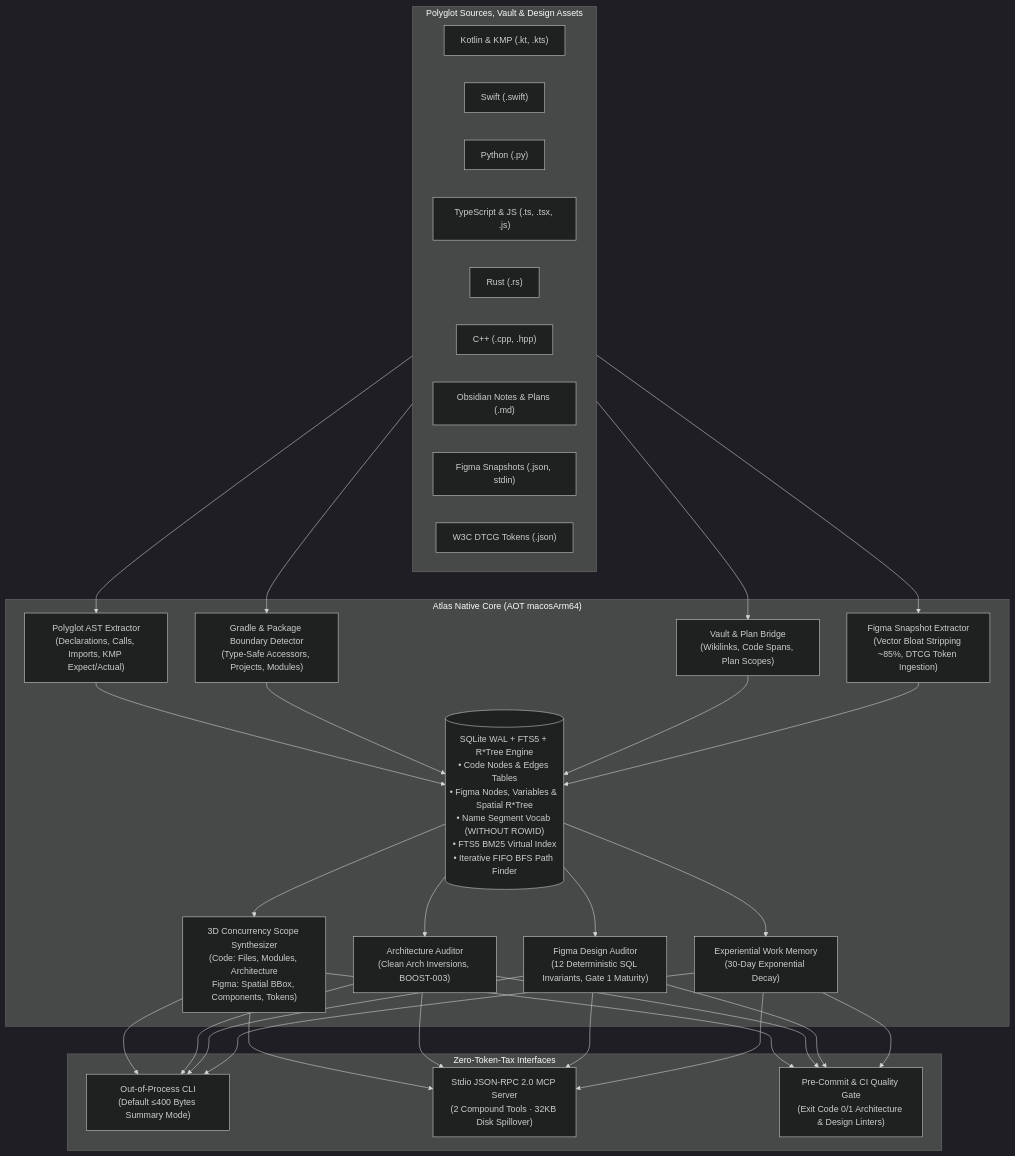
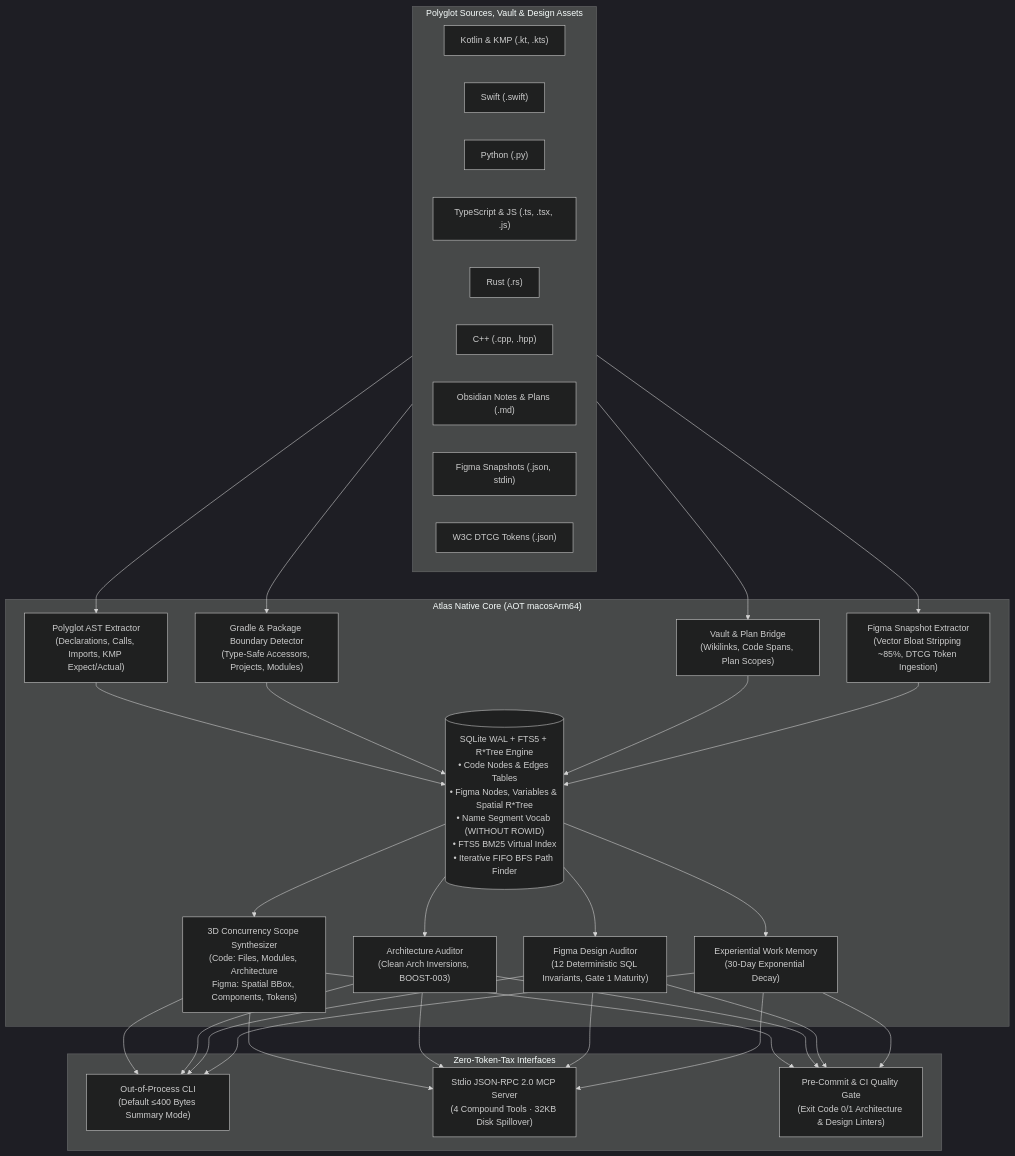
Before and after one commit to jefferyforbes/code-atlas: the diagram in README.md, drawn with Mermaid (dark theme). The commit also changed other lines of this file and 4 other files, not shown here.

````diff
--- a/README.md
+++ b/README.md
@@ -38,40 +38,40 @@
 ```mermaid
 flowchart TD
     subgraph Inputs["Polyglot Sources, Vault & Design Assets"]
         KOTLIN["Kotlin & KMP (.kt, .kts)"]
         SWIFT["Swift (.swift)"]
         PYTHON["Python (.py)"]
         TS["TypeScript & JS (.ts, .tsx, .js)"]
         RUST["Rust (.rs)"]
         CPP["C++ (.cpp, .hpp)"]
         DOCS["Obsidian Notes & Plans (.md)"]
         FIGMA["Figma Snapshots (.json, stdin)"]
         DTCG["W3C DTCG Tokens (.json)"]
     end
 
     subgraph Engine["Atlas Native Core (AOT macosArm64)"]
         EXTRACT["Polyglot AST Extractor<br/>(Declarations, Calls, Imports, KMP Expect/Actual)"]
         MODULES["Gradle & Package Boundary Detector<br/>(Type-Safe Accessors, Projects, Modules)"]
         BRIDGE["Vault & Plan Bridge<br/>(Wikilinks, Code Spans, Plan Scopes)"]
         
         FIGMA_EXTRACT["Figma Snapshot Extractor<br/>(Vector Bloat Stripping ~85%, DTCG Token Ingestion)"]
         
         STORE[("SQLite WAL + FTS5 + R*Tree Engine<br/>• Code Nodes & Edges Tables<br/>• Figma Nodes, Variables & Spatial R*Tree<br/>• Name Segment Vocab (WITHOUT ROWID)<br/>• FTS5 BM25 Virtual Index<br/>• Iterative FIFO BFS Path Finder")]
         
         SYNTH["3D Concurrency Scope Synthesizer<br/>(Code: Files, Modules, Architecture<br/>Figma: Spatial BBox, Components, Tokens)"]
         AUDIT["Architecture Auditor<br/>(Clean Arch Inversions, BOOST-003)"]
         FIGMA_AUDIT["Figma Design Auditor<br/>(12 Deterministic SQL Invariants, Gate 1 Maturity)"]
         MEMORY["Experiential Work Memory<br/>(30-Day Exponential Decay)"]
     end
 
     subgraph Interfaces["Zero-Token-Tax Interfaces"]
         CLI["Out-of-Process CLI<br/>(Default ≤400 Bytes Summary Mode)"]
-        MCP["Stdio JSON-RPC 2.0 MCP Server<br/>(2 Compound Tools &middot; 32KB Disk Spillover)"]
+        MCP["Stdio JSON-RPC 2.0 MCP Server<br/>(4 Compound Tools &middot; 32KB Disk Spillover)"]
         CI["Pre-Commit & CI Quality Gate<br/>(Exit Code 0/1 Architecture & Design Linters)"]
     end
 
     Inputs --> EXTRACT & MODULES & BRIDGE & FIGMA_EXTRACT
     EXTRACT & MODULES & BRIDGE & FIGMA_EXTRACT --> STORE
     STORE --> SYNTH & AUDIT & FIGMA_AUDIT & MEMORY
     SYNTH & AUDIT & FIGMA_AUDIT & MEMORY --> CLI & MCP & CI
 ```
````
